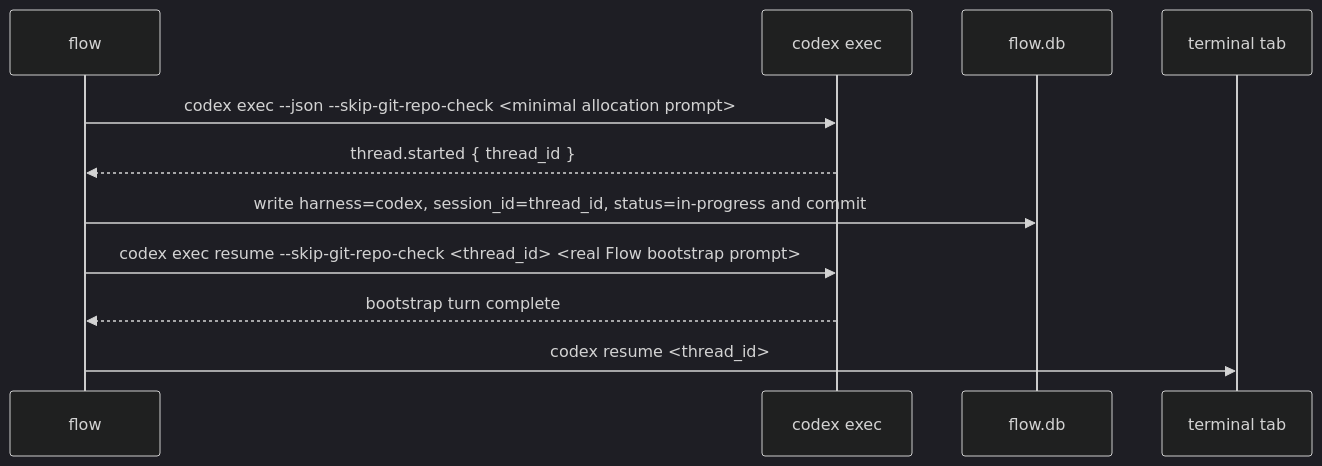
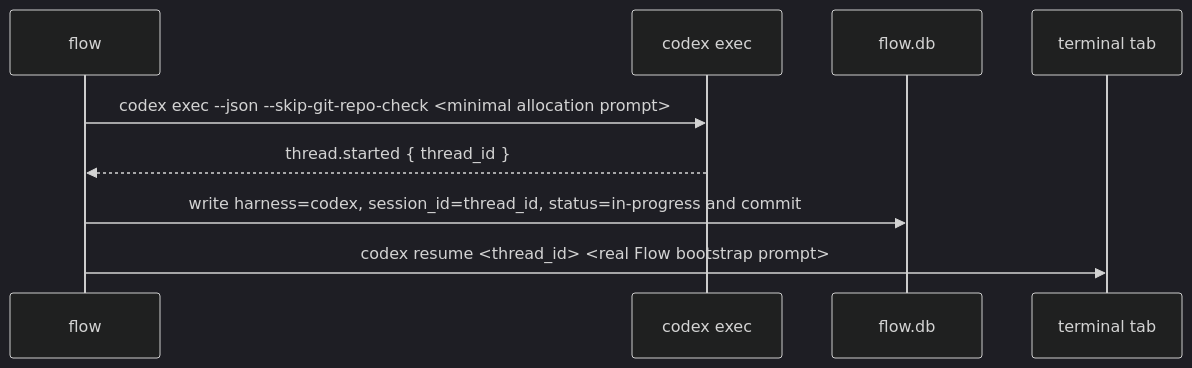
The second of 2 diagrams in docs/superpowers/specs/2026-05-28-codex-harness-support-design.md (swapnildahiphale/flow), drawn with Mermaid (dark theme) before and after one commit. The commit also changed other lines of this file and 9 other files, not shown here.

Commit message:
fix: launch codex bootstrap interactively

````diff
--- a/docs/superpowers/specs/2026-05-28-codex-harness-support-design.md
+++ b/docs/superpowers/specs/2026-05-28-codex-harness-support-design.md
@@ -215,14 +217,12 @@
 ```mermaid
 sequenceDiagram
   participant F as flow
   participant C as codex exec
   participant DB as flow.db
   participant T as terminal tab
 
   F->>C: codex exec --json --skip-git-repo-check <minimal allocation prompt>
   C-->>F: thread.started { thread_id }
   F->>DB: write harness=codex, session_id=thread_id, status=in-progress and commit
-  F->>C: codex exec resume --skip-git-repo-check <thread_id> <real Flow bootstrap prompt>
-  C-->>F: bootstrap turn complete
-  F->>T: codex resume <thread_id>
+  F->>T: codex resume <thread_id> <real Flow bootstrap prompt>
 ```
````
